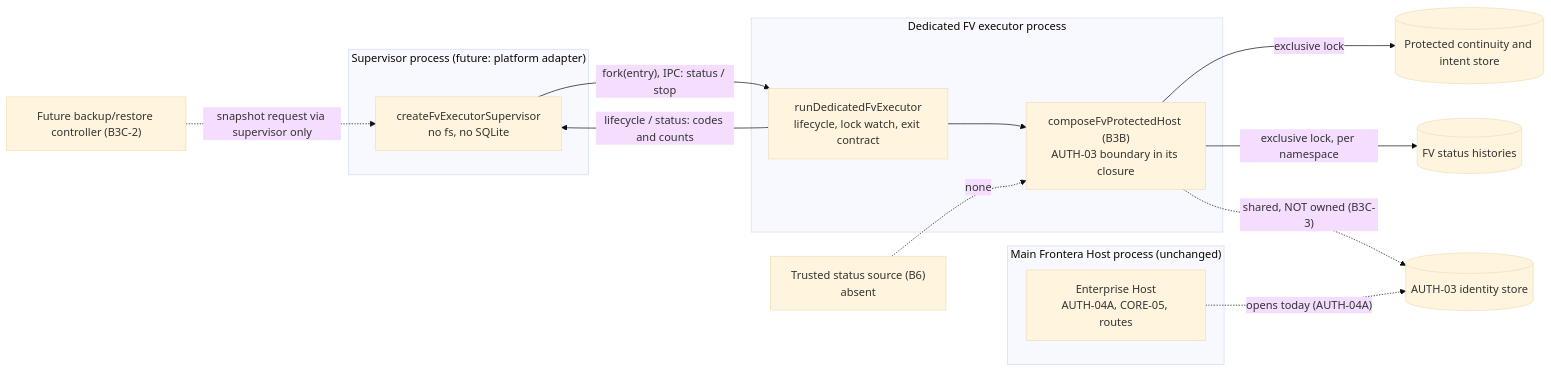
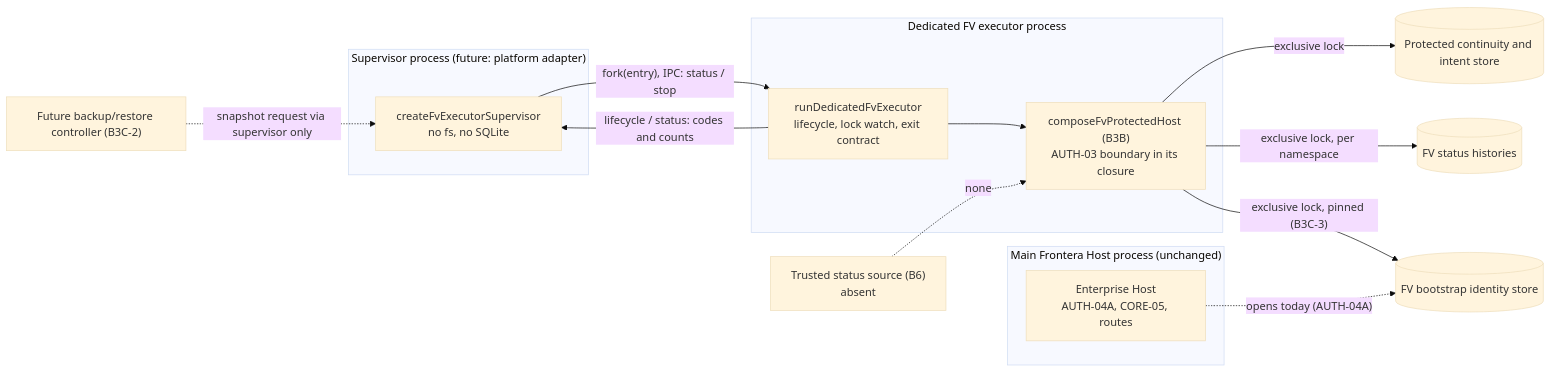
Before and after one commit to Republika-Network/Frontera: the diagram in docs/integration/FV_DEDICATED_EXECUTOR_LIFECYCLE.md, drawn with Mermaid (base theme). The commit also changed other lines of this file and 15 other files, not shown here.

First line of the commit message:
feat(fv): enforce dedicated AUTH-03 identity ownership

````diff
--- a/docs/integration/FV_DEDICATED_EXECUTOR_LIFECYCLE.md
+++ b/docs/integration/FV_DEDICATED_EXECUTOR_LIFECYCLE.md
@@ -29,22 +29,22 @@
 ```mermaid
 flowchart LR
   subgraph HostProc["Main Frontera Host process (unchanged)"]
     Host["Enterprise Host<br/>AUTH-04A, CORE-05, routes"]
   end
   subgraph SupProc["Supervisor process (future: platform adapter)"]
     Sup["createFvExecutorSupervisor<br/>no fs, no SQLite"]
   end
   subgraph ExecProc["Dedicated FV executor process"]
     Exec["runDedicatedFvExecutor<br/>lifecycle, lock watch, exit contract"]
     Comp["composeFvProtectedHost (B3B)<br/>AUTH-03 boundary in its closure"]
     Exec --> Comp
   end
   Sup -- "fork(entry), IPC: status / stop" --> Exec
   Exec -- "lifecycle / status: codes and counts" --> Sup
   Comp -- "exclusive lock" --> PS[("Protected continuity and intent store")]
   Comp -- "exclusive lock, per namespace" --> H[("FV status histories")]
-  Comp -. "shared, NOT owned (B3C-3)" .-> ID[("AUTH-03 identity store")]
+  Comp -- "exclusive lock, pinned (B3C-3)" --> ID[("FV bootstrap identity store")]
   Host -. "opens today (AUTH-04A)" .-> ID
   Src["Trusted status source (B6)<br/>absent"] -. "none" .-> Comp
   BR["Future backup/restore controller (B3C-2)"] -. "snapshot request via supervisor only" .-> Sup
 ```
````
